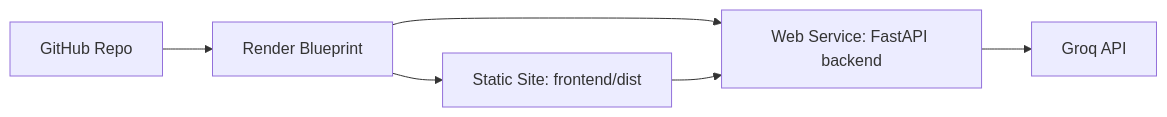
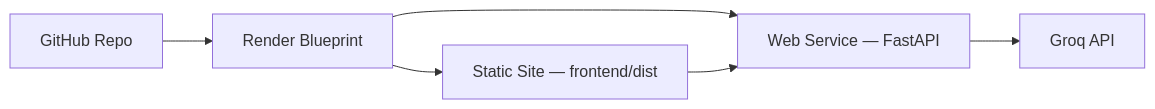
Before and after one commit to vishva2410/ONCO-DETECT-: the fifth of 5 diagrams in oncodetect/README.md, drawn with Mermaid. The commit also changed other lines of this file, not shown here.

````diff
--- a/oncodetect/README.md
+++ b/oncodetect/README.md
@@ -283,8 +332,8 @@
 ```mermaid
 flowchart LR
     GH["GitHub Repo"] --> RD["Render Blueprint"]
-    RD --> FE["Static Site: frontend/dist"]
-    RD --> BE["Web Service: FastAPI backend"]
+    RD --> FE["Static Site — frontend/dist"]
+    RD --> BE["Web Service — FastAPI"]
     BE --> GR["Groq API"]
     FE --> BE
 ```
````
